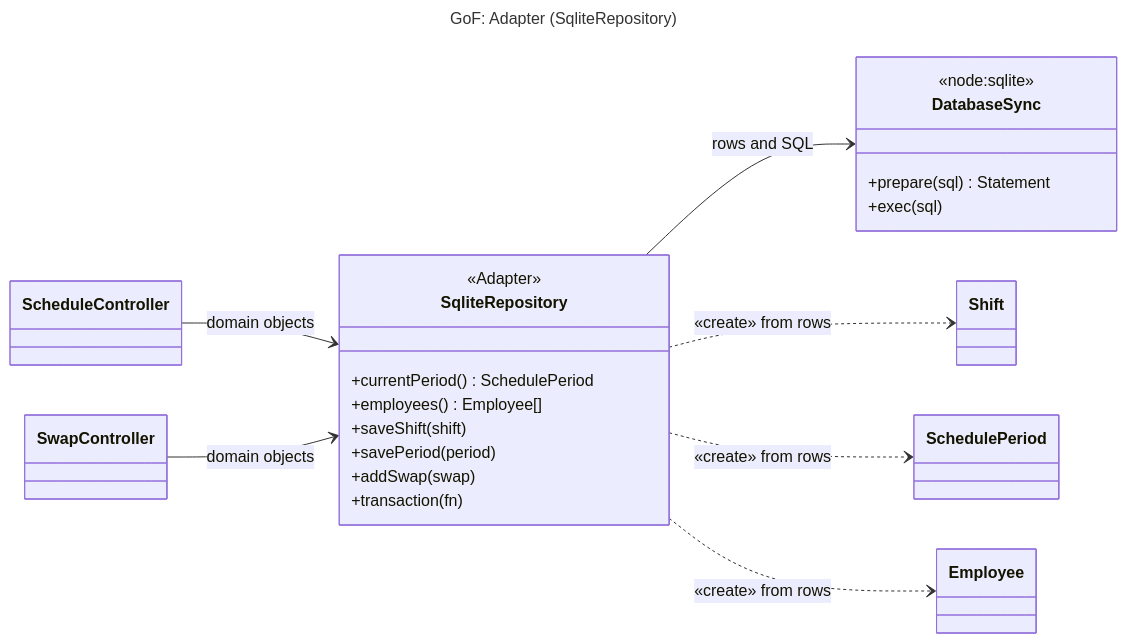
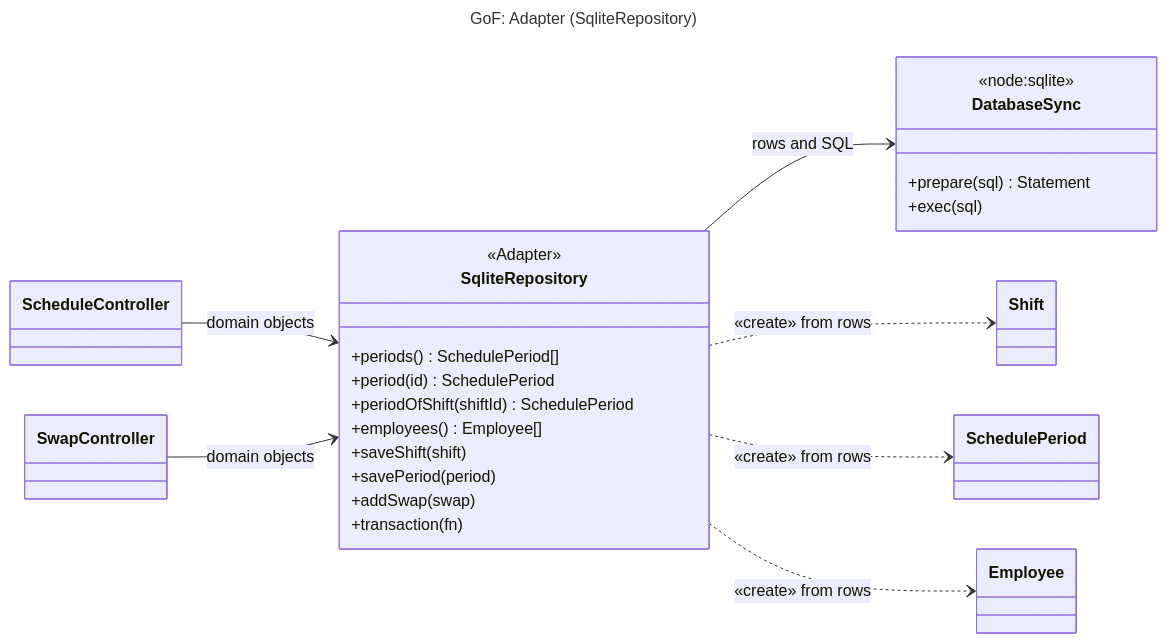
The diagram in diagrams/mmd/patterns/gof_adapter.mmd (perfettiful/ShiftChex), drawn with Mermaid before and after one commit. The commit also changed 98 other files, not shown here.

```diff
--- a/diagrams/mmd/patterns/gof_adapter.mmd
+++ b/diagrams/mmd/patterns/gof_adapter.mmd
@@ -1,33 +1,35 @@
 ---
 title: "GoF: Adapter (SqliteRepository)"
 ---
 %% controllers ask for domain objects and hand domain objects back.
 %% the repository turns them into rows and SQL, so nothing above it knows sqlite exists
 classDiagram
     direction LR
     class ScheduleController
     class SwapController
     class SqliteRepository {
         <<Adapter>>
-        +currentPeriod() SchedulePeriod
+        +periods() SchedulePeriod[]
+        +period(id) SchedulePeriod
+        +periodOfShift(shiftId) SchedulePeriod
         +employees() Employee[]
         +saveShift(shift)
         +savePeriod(period)
         +addSwap(swap)
         +transaction(fn)
     }
     class DatabaseSync {
         <<node:sqlite>>
         +prepare(sql) Statement
         +exec(sql)
     }
     class Shift
     class SchedulePeriod
     class Employee
 
     ScheduleController --> SqliteRepository : domain objects
     SwapController --> SqliteRepository : domain objects
     SqliteRepository --> DatabaseSync : rows and SQL
     SqliteRepository ..> Shift : «create» from rows
     SqliteRepository ..> SchedulePeriod : «create» from rows
     SqliteRepository ..> Employee : «create» from rows
```
